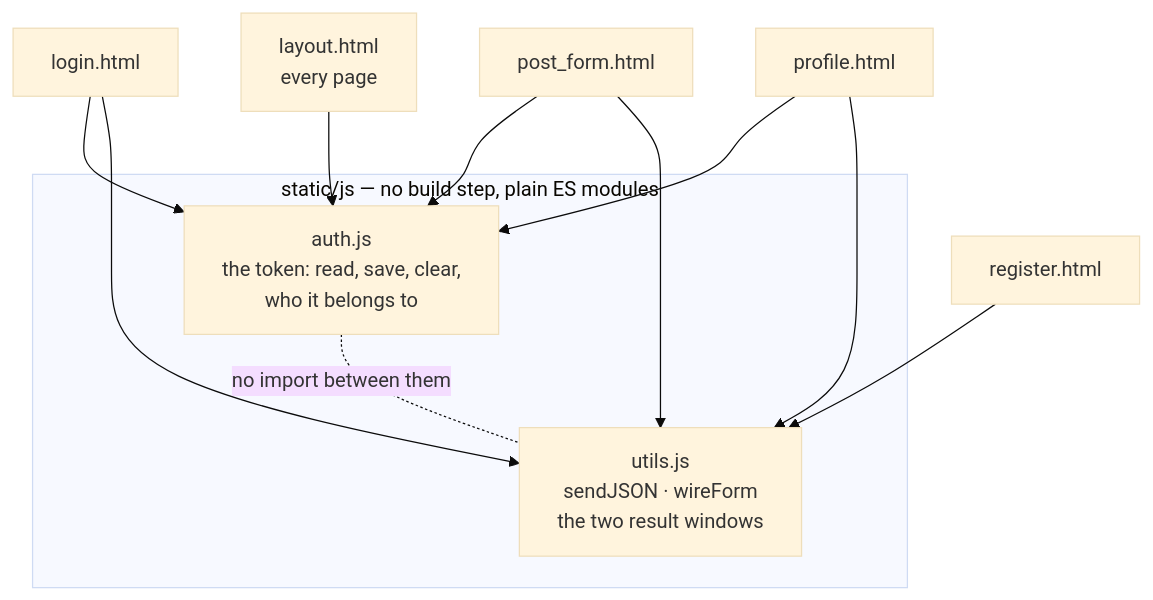
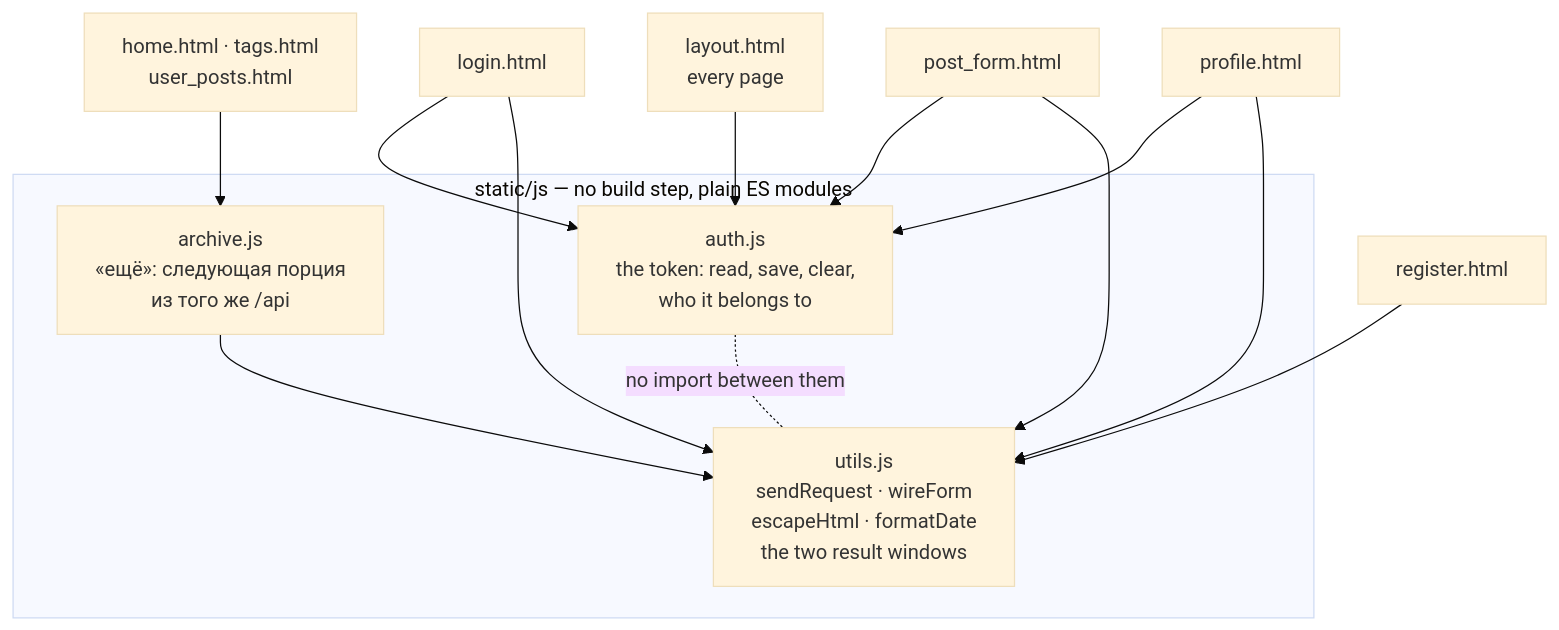
The fourth of 4 diagrams in docs/architecture.md (OstapchukIryna/fastapi-blog), drawn with Mermaid (base theme) before and after one commit. The commit also changed other lines of this file and 29 other files, not shown here.

````diff
--- a/docs/architecture.md
+++ b/docs/architecture.md
@@ -199,18 +211,22 @@
 ```mermaid
 graph TD
     subgraph shared["static/js — no build step, plain ES modules"]
         auth_js["auth.js<br/>the token: read, save, clear,<br/>who it belongs to"]
-        utils_js["utils.js<br/>sendJSON · wireForm<br/>the two result windows"]
+        utils_js["utils.js<br/>sendRequest · wireForm<br/>escapeHtml · formatDate<br/>the two result windows"]
+        archive_js["archive.js<br/>«ещё»: следующая порция<br/>из того же /api"]
     end
+
+    home["home.html · tags.html<br/>user_posts.html"] --> archive_js
+    archive_js --> utils_js
 
     layout["layout.html<br/>every page"] --> auth_js
     login["login.html"] --> auth_js
     login --> utils_js
     register["register.html"] --> utils_js
     post_form["post_form.html"] --> auth_js
     post_form --> utils_js
     profile["profile.html"] --> auth_js
     profile --> utils_js
 
     auth_js -. "no import between them" .- utils_js
 ```
````
